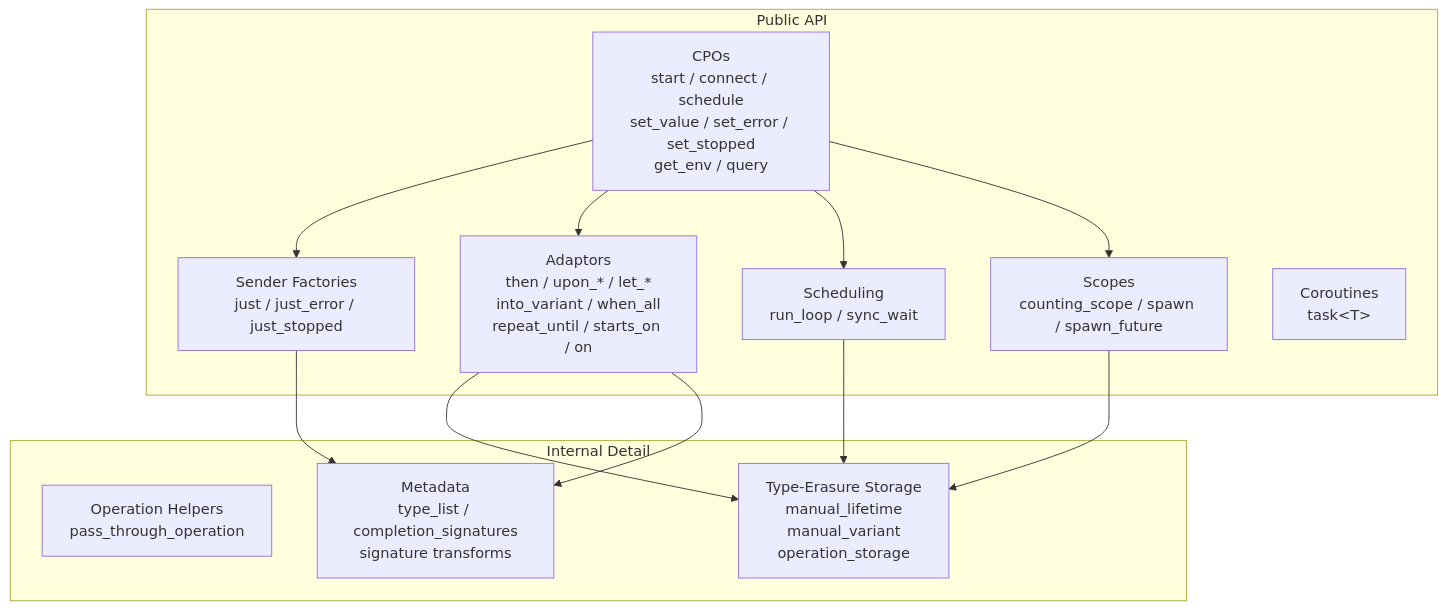
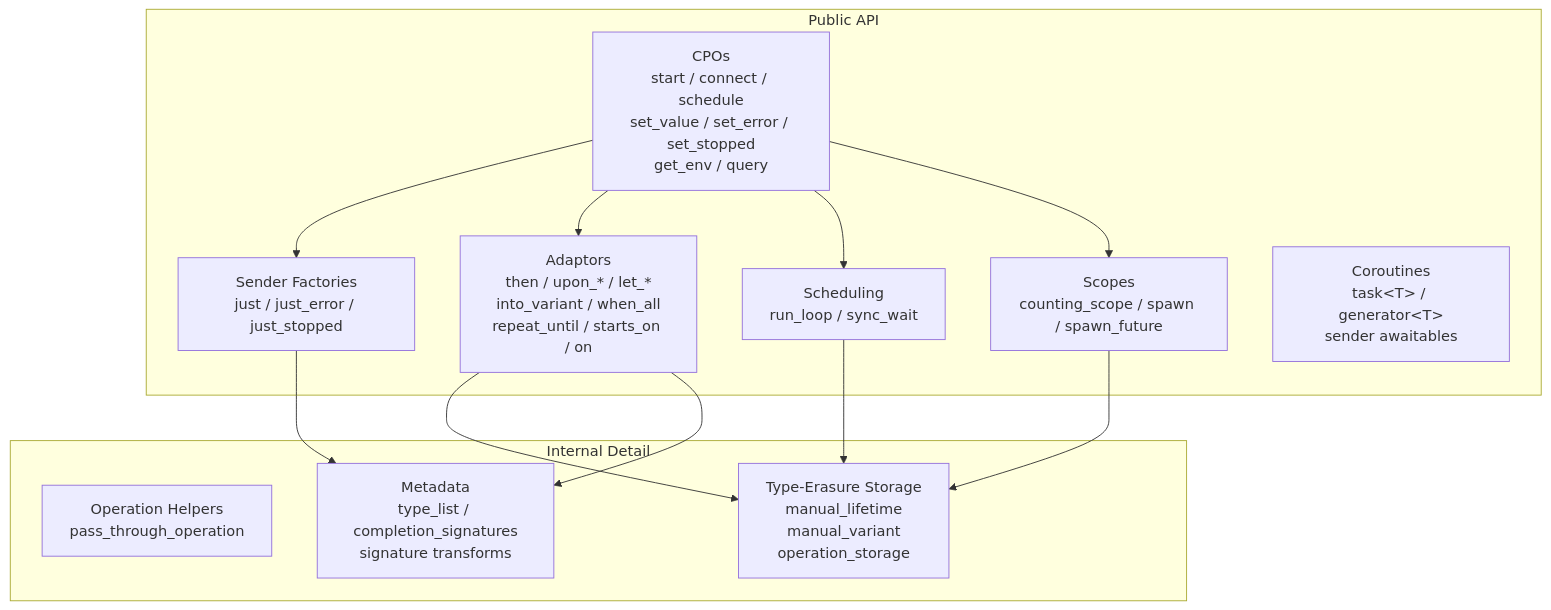
Before and after one commit to haomingbai/bexec: the first of 5 diagrams in docs/design.md, drawn with Mermaid. The commit also changed other lines of this file and 20 other files, not shown here.

````diff
--- a/docs/design.md
+++ b/docs/design.md
@@ -14,27 +14,27 @@
 ```mermaid
 graph TB
     subgraph "Public API"
         CPO["CPOs<br/>start / connect / schedule<br/>set_value / set_error / set_stopped<br/>get_env / query"]
         SENDERS["Sender Factories<br/>just / just_error / just_stopped"]
         ADAPTORS["Adaptors<br/>then / upon_* / let_*<br/>into_variant / when_all<br/>repeat_until / starts_on / on"]
         SCHED["Scheduling<br/>run_loop / sync_wait"]
         SCOPES["Scopes<br/>counting_scope / spawn / spawn_future"]
-        TASK["Coroutines<br/>task&lt;T&gt;"]
+        TASK["Coroutines<br/>task&lt;T&gt; / generator&lt;T&gt;<br/>sender awaitables"]
     end
 
     subgraph "Internal Detail"
         OPS["Operation Helpers<br/>pass_through_operation"]
         STORAGE["Type-Erasure Storage<br/>manual_lifetime<br/>manual_variant<br/>operation_storage"]
         META["Metadata<br/>type_list / completion_signatures<br/>signature transforms"]
     end
 
     CPO --> SENDERS
     CPO --> ADAPTORS
     CPO --> SCHED
     CPO --> SCOPES
     ADAPTORS --> STORAGE
     SCHED --> STORAGE
     SCOPES --> STORAGE
     ADAPTORS --> META
     SENDERS --> META
 ```
````
